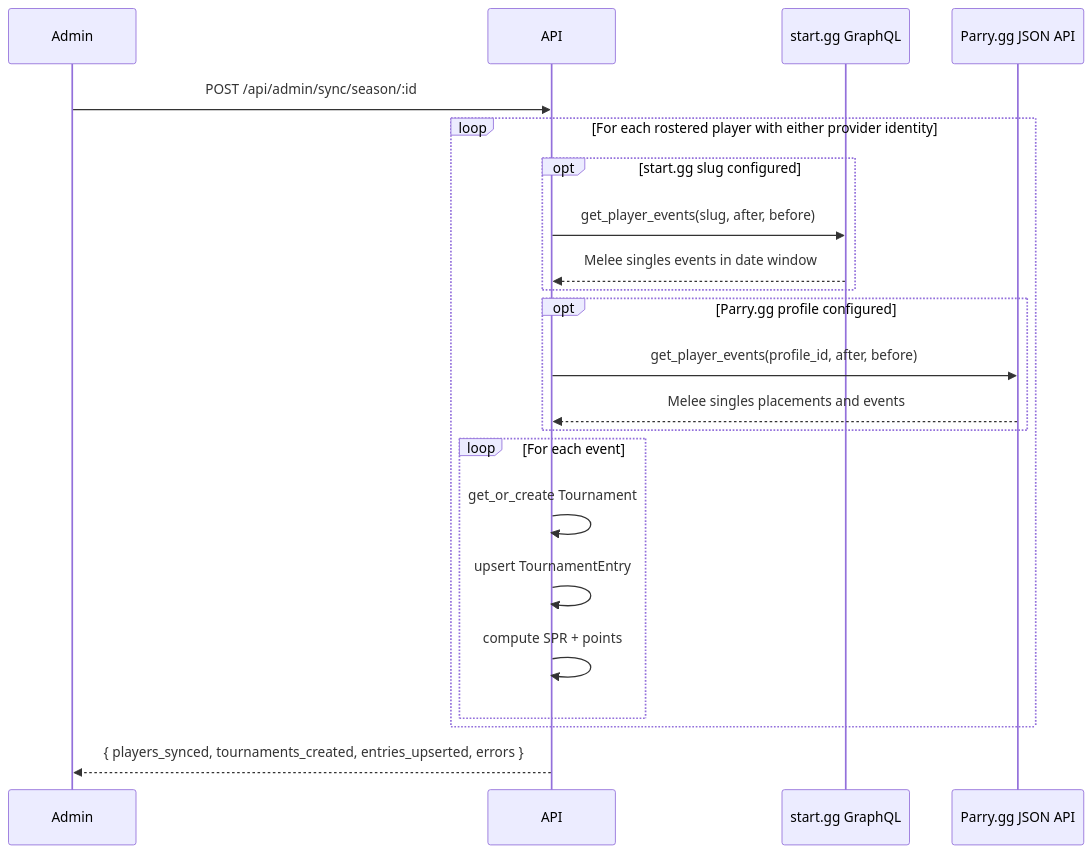
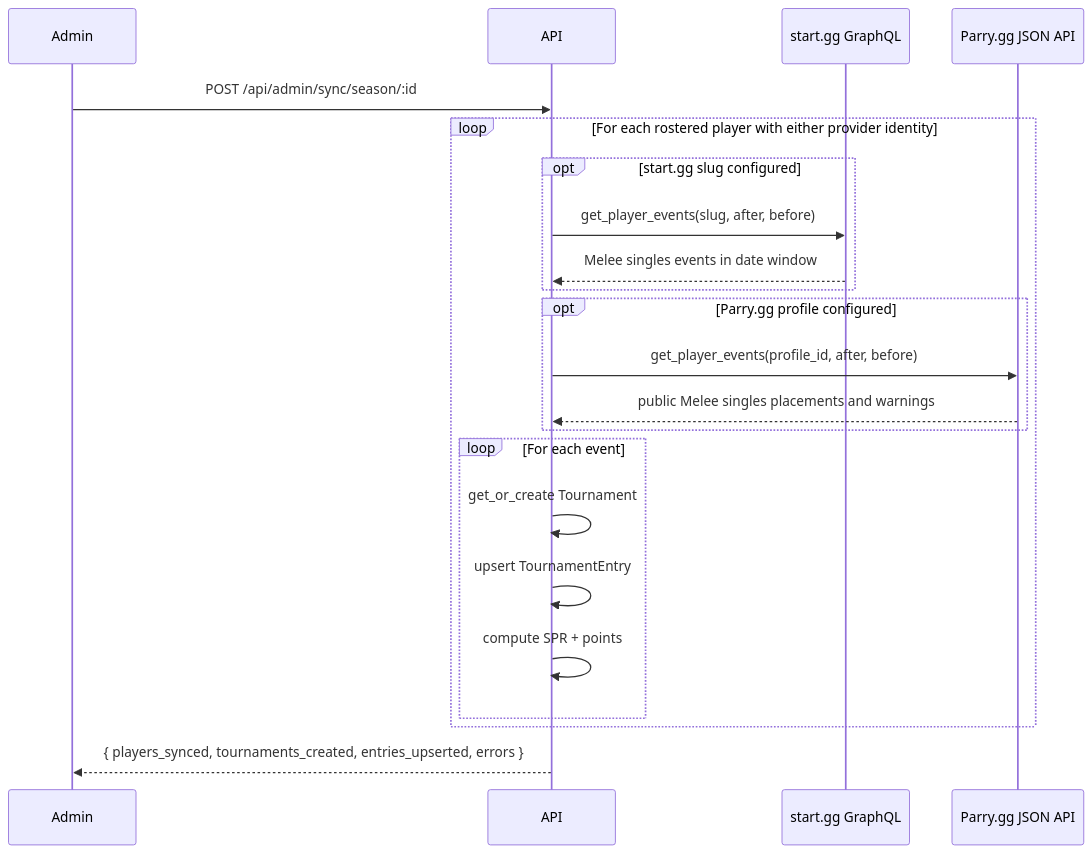
One commit to pem2k/Resonance-App changed the third of 7 diagrams in ARCHITECTURE.md. Above: the diagram before and after it, drawn with Mermaid. The commit also changed 14 other files, not shown here.

````diff
--- a/ARCHITECTURE.md
+++ b/ARCHITECTURE.md
@@ -114,25 +114,25 @@
 ```mermaid
 sequenceDiagram
     participant Admin
     participant API
     participant startgg as start.gg GraphQL
     participant parrygg as Parry.gg JSON API
 
     Admin->>API: POST /api/admin/sync/season/:id
     loop For each rostered player with either provider identity
         opt start.gg slug configured
             API->>startgg: get_player_events(slug, after, before)
             startgg-->>API: Melee singles events in date window
         end
         opt Parry.gg profile configured
             API->>parrygg: get_player_events(profile_id, after, before)
-            parrygg-->>API: Melee singles placements and events
+            parrygg-->>API: public Melee singles placements and warnings
         end
         loop For each event
             API->>API: get_or_create Tournament
             API->>API: upsert TournamentEntry
             API->>API: compute SPR + points
         end
     end
     API-->>Admin: { players_synced, tournaments_created, entries_upserted, errors }
 ```
````
